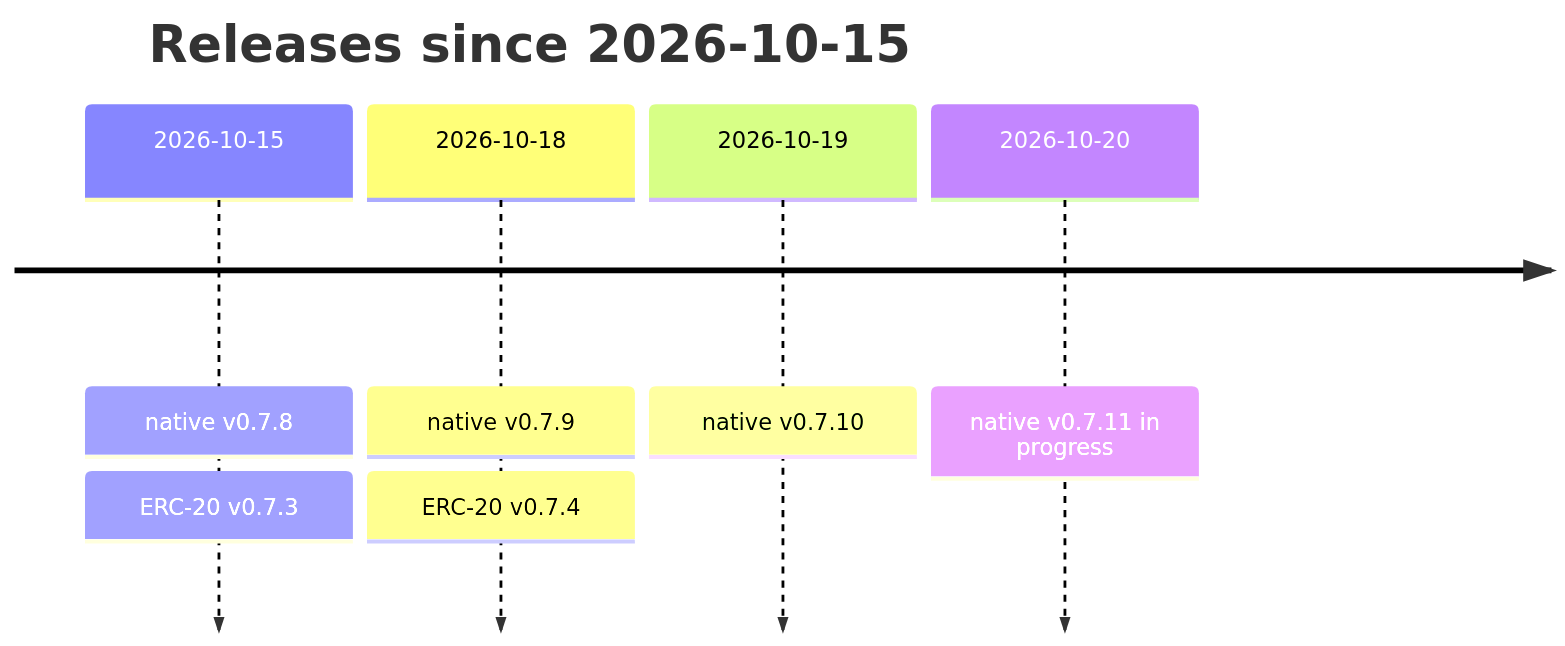
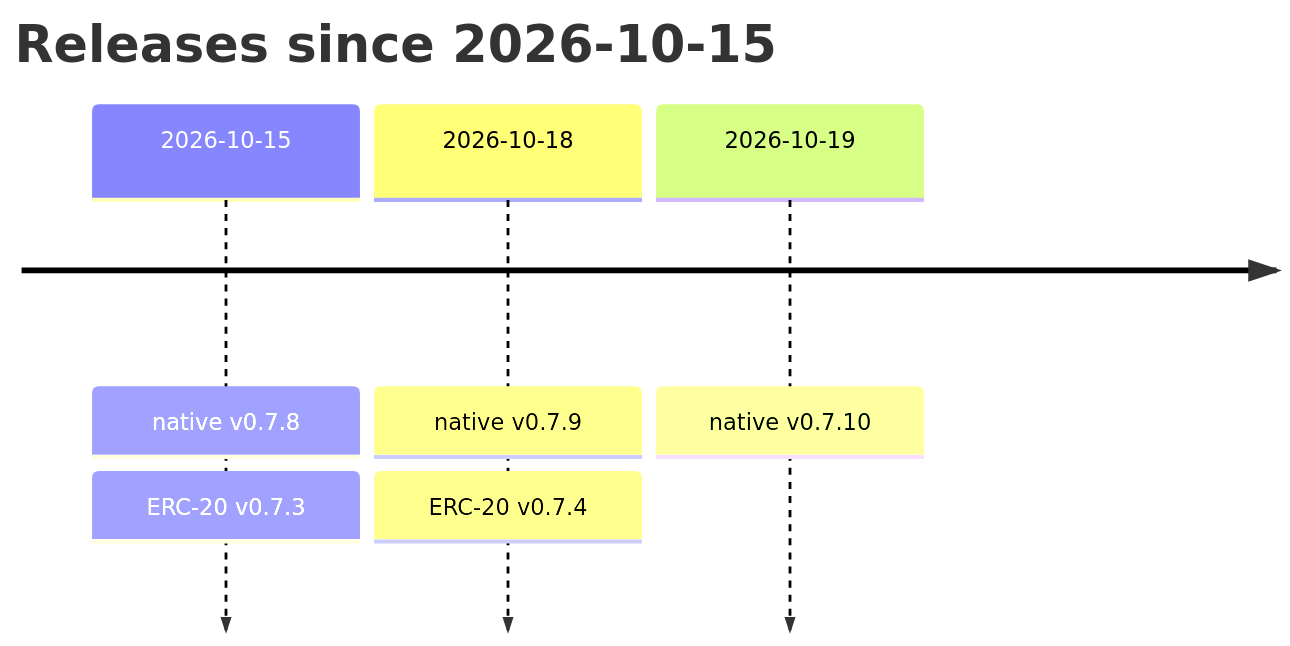
One commit to pinax-network/substreams-evm-balances changed the second of 4 diagrams in docs/deployment-status.md. Above: the diagram before and after it, drawn with Mermaid. The commit also changed other lines of this file, not shown here.

````diff
--- a/docs/deployment-status.md
+++ b/docs/deployment-status.md
@@ -145,8 +133,7 @@
 ```mermaid
 timeline
   title Releases since 2026-10-15
   2026-10-15 : native v0.7.8 : ERC-20 v0.7.3
   2026-10-18 : native v0.7.9 : ERC-20 v0.7.4
   2026-10-19 : native v0.7.10
-  2026-10-20 : native v0.7.11 in progress
 ```
````
